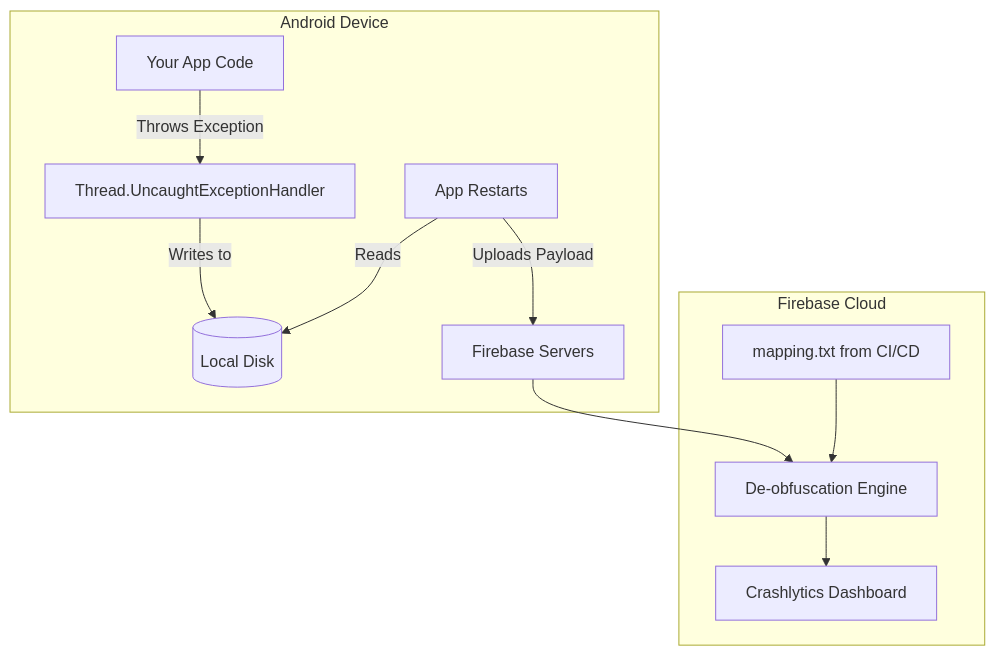
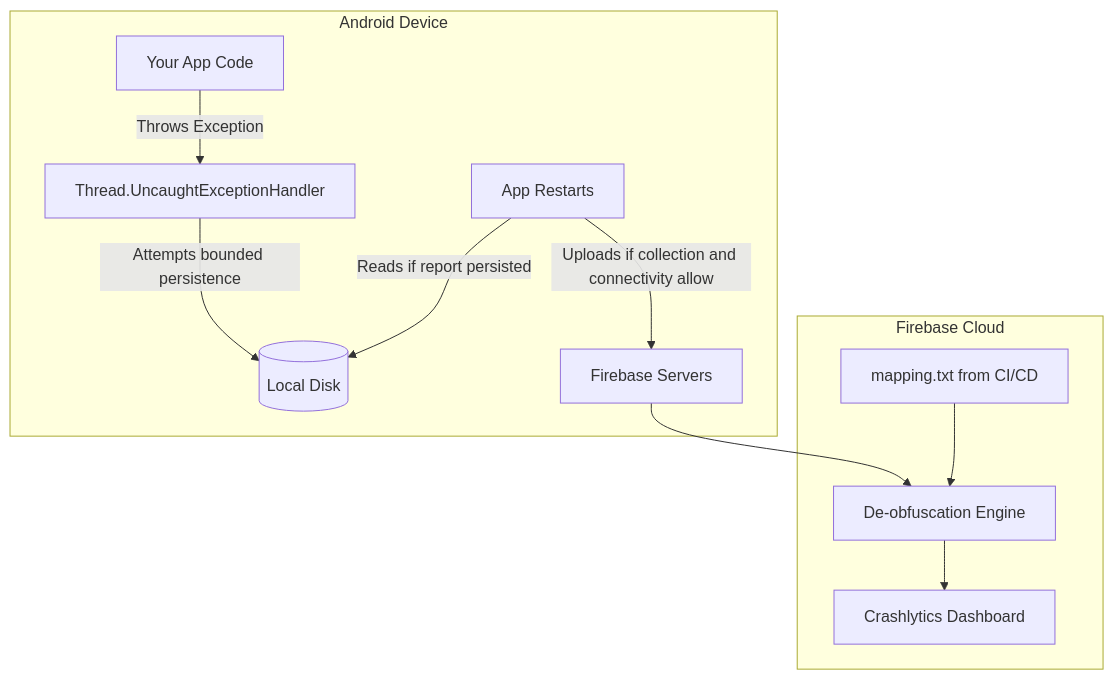
The diagram in android/observability/crash-monitoring.md (swarnsingh/android-staff-engineer-playbook-website), drawn with Mermaid before and after one commit. The commit also changed other lines of this file and 11 other files, not shown here.

````diff
--- a/android/observability/crash-monitoring.md
+++ b/android/observability/crash-monitoring.md
@@ -77,16 +77,16 @@
 ```mermaid
 graph TD
     subgraph "Android Device"
         App[Your App Code] -->|Throws Exception| Handler[Thread.UncaughtExceptionHandler]
-        Handler -->|Writes to| Disk[(Local Disk)]
+        Handler -->|Attempts bounded persistence| Disk[(Local Disk)]
         
-        Restart[App Restarts] -->|Reads| Disk
-        Restart -->|Uploads Payload| Firebase[Firebase Servers]
+        Restart[App Restarts] -->|Reads if report persisted| Disk
+        Restart -->|Uploads if collection and connectivity allow| Firebase[Firebase Servers]
     end
     
     subgraph "Firebase Cloud"
         Firebase --> Deobfuscate[De-obfuscation Engine]
         Map[mapping.txt from CI/CD] --> Deobfuscate
         Deobfuscate --> Dash[Crashlytics Dashboard]
     end
 ```
````
